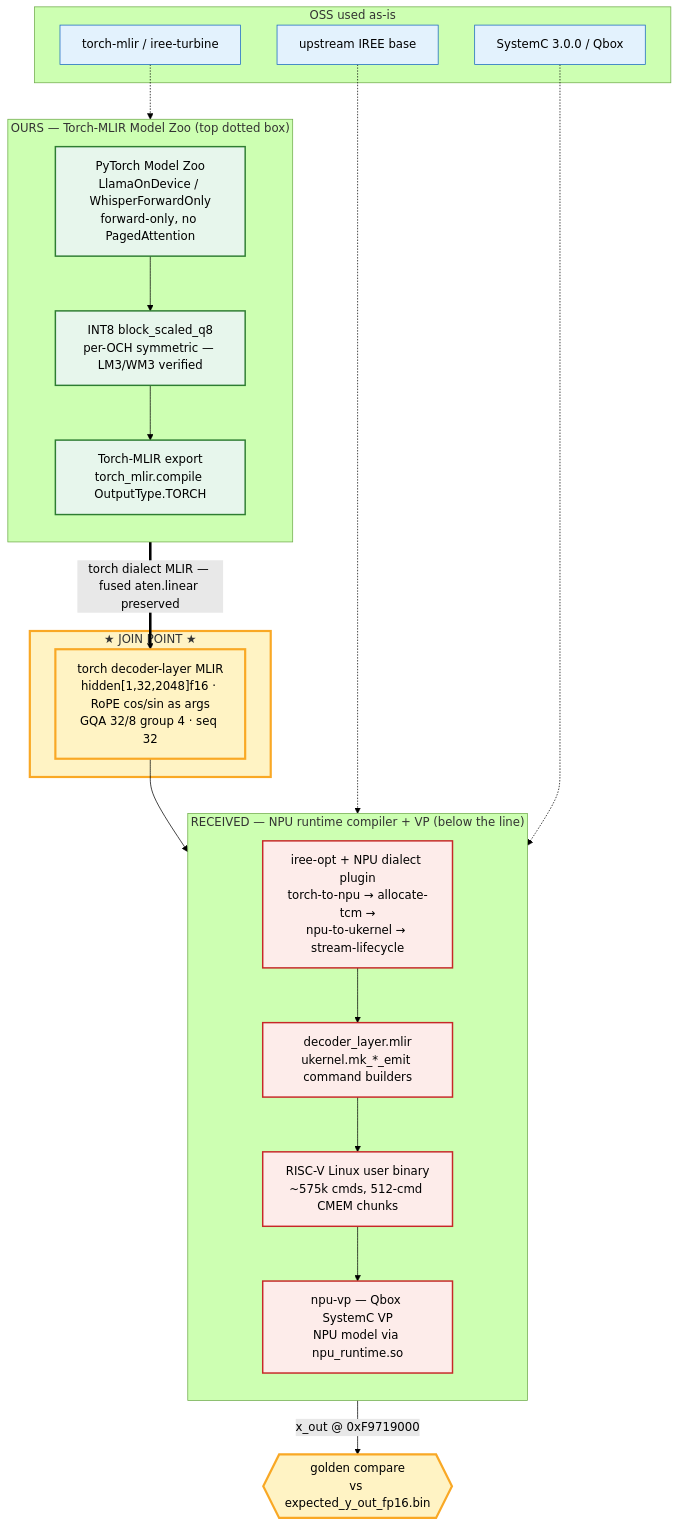
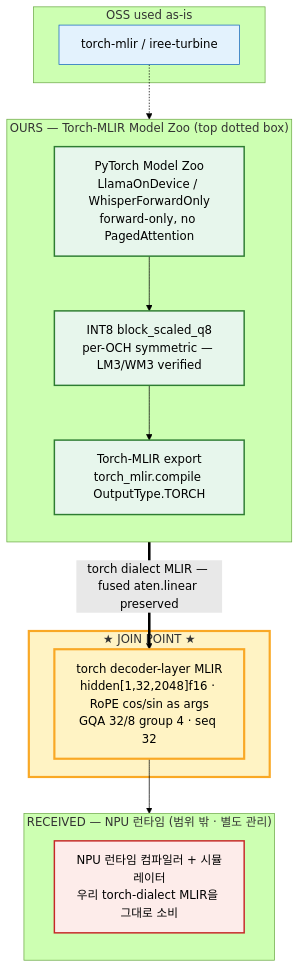
Before and after one commit to bhseo98/Zoo: the first of 3 diagrams in docs/ARCHITECTURE.md, drawn with Mermaid (forest theme). The commit also changed other lines of this file and 7 other files, not shown here.

````diff
--- a/docs/ARCHITECTURE.md
+++ b/docs/ARCHITECTURE.md
@@ -46,40 +41,31 @@
 ```mermaid
 flowchart TB
   subgraph OURS["OURS — Torch-MLIR Model Zoo (top dotted box)"]
     direction TB
     zoo["PyTorch Model Zoo<br/>LlamaOnDevice / WhisperForwardOnly<br/>forward-only, no PagedAttention"]
     q["INT8 block_scaled_q8<br/>per-OCH symmetric — LM3/WM3 verified"]
     tm["Torch-MLIR export<br/>torch_mlir.compile OutputType.TORCH"]
     zoo --> q --> tm
   end
   tm ==>|"torch dialect MLIR — fused aten.linear preserved"| JOIN
   subgraph JOINBOX["★ JOIN POINT ★"]
     JOIN["torch decoder-layer MLIR<br/>hidden[1,32,2048]f16 · RoPE cos/sin as args<br/>GQA 32/8 group 4 · seq 32"]
   end
-  JOIN --> pass
-  subgraph RECV["RECEIVED — NPU runtime compiler + VP (below the line)"]
+  JOIN --> recv
+  subgraph RECV["RECEIVED — NPU 런타임 (범위 밖 · 별도 관리)"]
     direction TB
-    pass["iree-opt + NPU dialect plugin<br/>torch-to-npu → allocate-tcm →<br/>npu-to-ukernel → stream-lifecycle"]
-    dl["decoder_layer.mlir<br/>ukernel.mk_*_emit command builders"]
-    bin["RISC-V Linux user binary<br/>~575k cmds, 512-cmd CMEM chunks"]
-    vp["npu-vp — Qbox SystemC VP<br/>NPU model via npu_runtime.so"]
-    pass --> dl --> bin --> vp
+    recv["NPU 런타임 컴파일러 + 시뮬레이터<br/>우리 torch-dialect MLIR을 그대로 소비"]
   end
-  vp -->|"x_out @ 0xF9719000"| cmp{{"golden compare<br/>vs expected_y_out_fp16.bin"}}
   subgraph OSS["OSS used as-is"]
-    iree["upstream IREE base"]
-    sysc["SystemC 3.0.0 / Qbox"]
     torchmlir["torch-mlir / iree-turbine"]
   end
   torchmlir -.-> tm
-  iree -.-> pass
-  sysc -.-> vp
   classDef ours fill:#e7f6ec,stroke:#2e7d32,stroke-width:2px;
   classDef recv fill:#fdecea,stroke:#c62828,stroke-width:2px;
   classDef oss  fill:#e3f2fd,stroke:#1565c0;
   classDef join fill:#fff3c4,stroke:#f9a825,stroke-width:3px;
   class zoo,q,tm ours;
-  class pass,dl,bin,vp recv;
-  class iree,sysc,torchmlir oss;
-  class JOIN,JOINBOX,cmp join;
+  class recv recv;
+  class torchmlir oss;
+  class JOIN,JOINBOX join;
 ```
````
